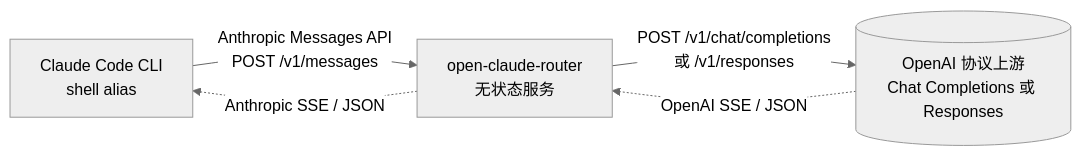
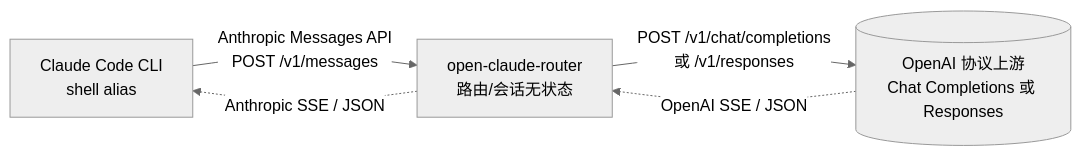
Before and after one commit to riba2534/open-claude-router: the diagram in README.md, drawn with Mermaid (neutral theme). The commit also changed other lines of this file and 9 other files, not shown here.

````diff
--- a/README.md
+++ b/README.md
@@ -55,11 +56,11 @@
 ```mermaid
 flowchart LR
     Client["Claude Code CLI<br/>shell alias"]
-    Bridge["open-claude-router<br/>无状态服务"]
+    Bridge["open-claude-router<br/>路由/会话无状态"]
     Upstream[("OpenAI 协议上游<br/>Chat Completions 或 Responses")]
 
     Client -- "Anthropic Messages API<br/>POST /v1/messages" --> Bridge
     Bridge -- "POST /v1/chat/completions<br/>或 /v1/responses" --> Upstream
     Upstream -. "OpenAI SSE / JSON" .-> Bridge
     Bridge -. "Anthropic SSE / JSON" .-> Client
 ```
````
